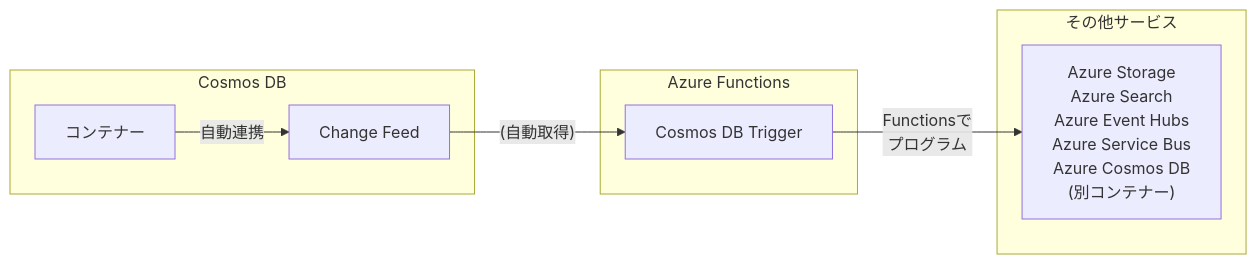
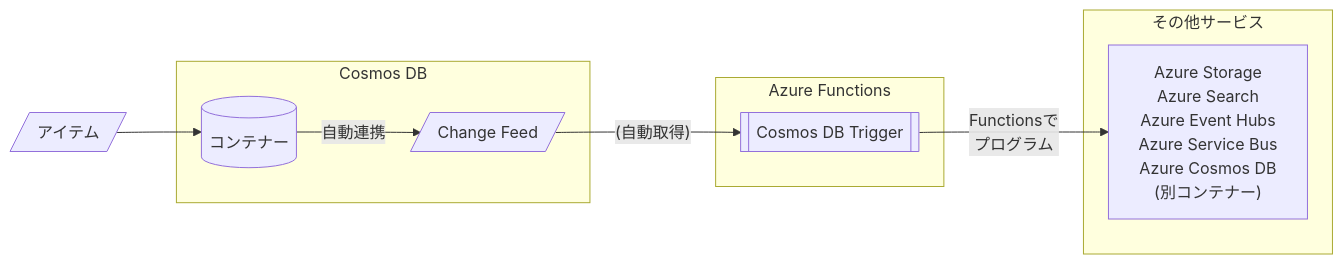
Before and after one commit to tahayaka-microsoft/CosmosDB-ChangeFeed-Functions: the second of 4 diagrams in readme.md, drawn with Mermaid. The commit also changed other lines of this file, not shown here.

````diff
--- a/readme.md
+++ b/readme.md
@@ -306,22 +306,24 @@
 ```mermaid
 graph LR
+    1[/"アイテム"/]
+    1-->A
     subgraph Cosmos DB
-        A[コンテナー]
-        D[Change Feed]
+        A[(コンテナー)]
+        D[/Change Feed/]
         A--自動連携-->D 
     end
     subgraph Azure Functions
-        B["Cosmos DB Trigger"] 
+        B[["Cosmos DB Trigger"]] 
     end
     subgraph その他サービス
         C["Azure Storage
         Azure Search
         Azure Event Hubs
         Azure Service Bus
         Azure Cosmos DB
         (別コンテナー)"] 
     end
     D --"(自動取得)"--> B
     B --"Functionsで
     プログラム"--> C
 ```
````
